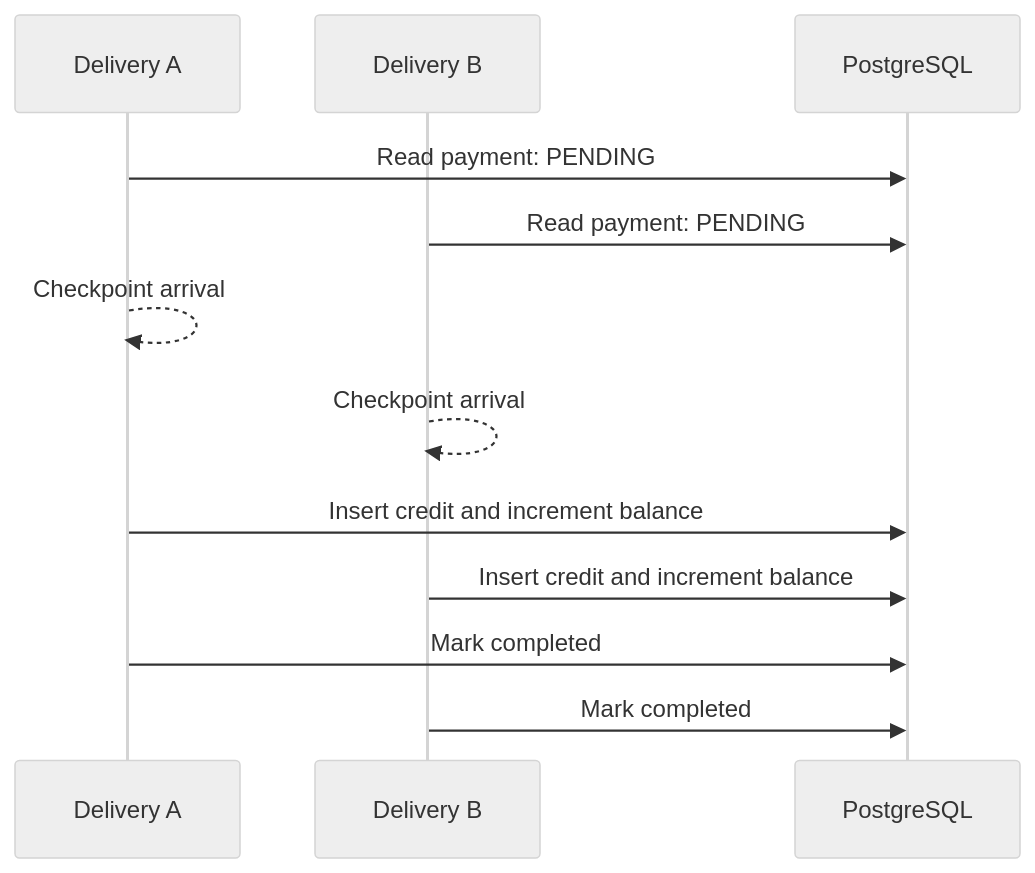
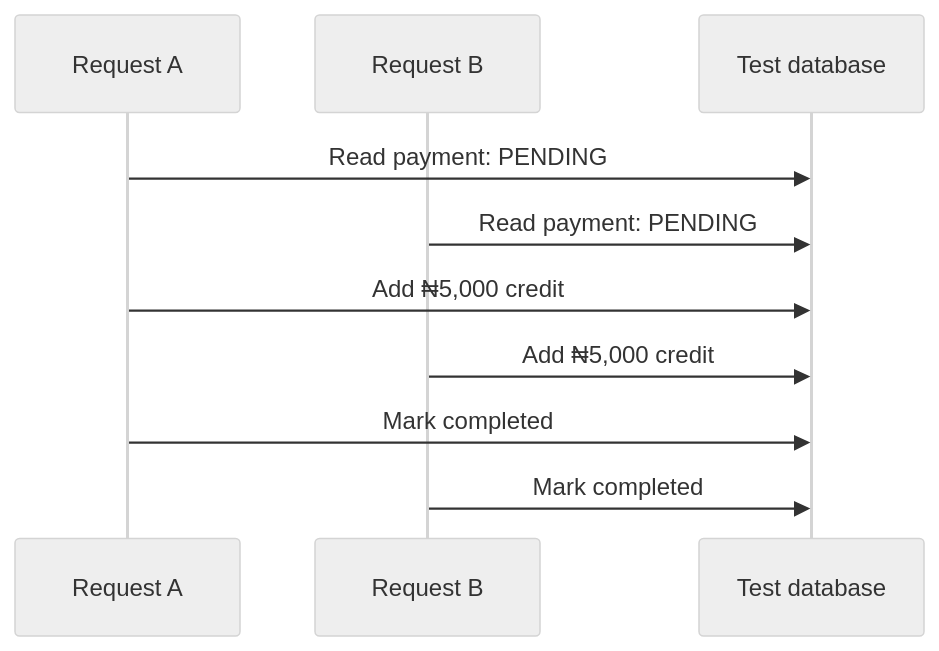
The diagram in docs/case-studies/reference-wallet.mdx (therealEmma/BachsProof), drawn with Mermaid (neutral theme) before and after one commit. The commit also changed other lines of this file and 34 other files, not shown here.

````diff
--- a/docs/case-studies/reference-wallet.mdx
+++ b/docs/case-studies/reference-wallet.mdx
@@ -19,14 +25,12 @@
 ```mermaid
 sequenceDiagram
-  participant A as Delivery A
-  participant B as Delivery B
-  participant DB as PostgreSQL
+  participant A as Request A
+  participant B as Request B
+  participant DB as Test database
   A->>DB: Read payment: PENDING
   B->>DB: Read payment: PENDING
-  A-->>A: Checkpoint arrival
-  B-->>B: Checkpoint arrival
-  A->>DB: Insert credit and increment balance
-  B->>DB: Insert credit and increment balance
+  A->>DB: Add ₦5,000 credit
+  B->>DB: Add ₦5,000 credit
   A->>DB: Mark completed
   B->>DB: Mark completed
 ```
````
